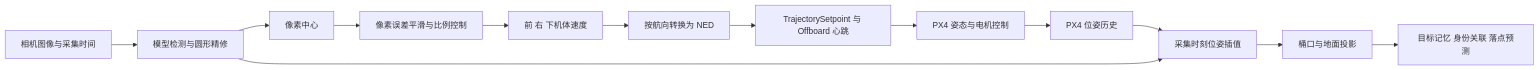
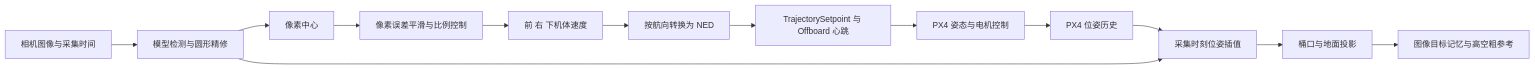
One commit to 6-Ryder/CUADC_drone_missions_ws changed the second of 2 diagrams in docs/Tactics/QUICK_BUCKET_CURRENT_FLOW.md. Above: the diagram before and after it, drawn with Mermaid. The commit also changed other lines of this file and 11 other files, not shown here.

````diff
--- a/docs/Tactics/QUICK_BUCKET_CURRENT_FLOW.md
+++ b/docs/Tactics/QUICK_BUCKET_CURRENT_FLOW.md
@@ -62,15 +62,15 @@
 ```mermaid
 flowchart LR
     A[相机图像与采集时间] --> B[模型检测与圆形精修]
     P[PX4 位姿历史] --> C[采集时刻位姿插值]
     B --> D[像素中心]
     B --> C
     C --> E[桶口与地面投影]
-    E --> F[目标记忆 身份关联 落点预测]
+    E --> F[图像目标记忆与高空粗参考]
     D --> G[像素误差平滑与比例控制]
     G --> H[前 右 下机体速度]
     H --> I[按航向转换为 NED]
     I --> J[TrajectorySetpoint 与 Offboard 心跳]
     J --> K[PX4 姿态与电机控制]
     K --> P
 ```
````
